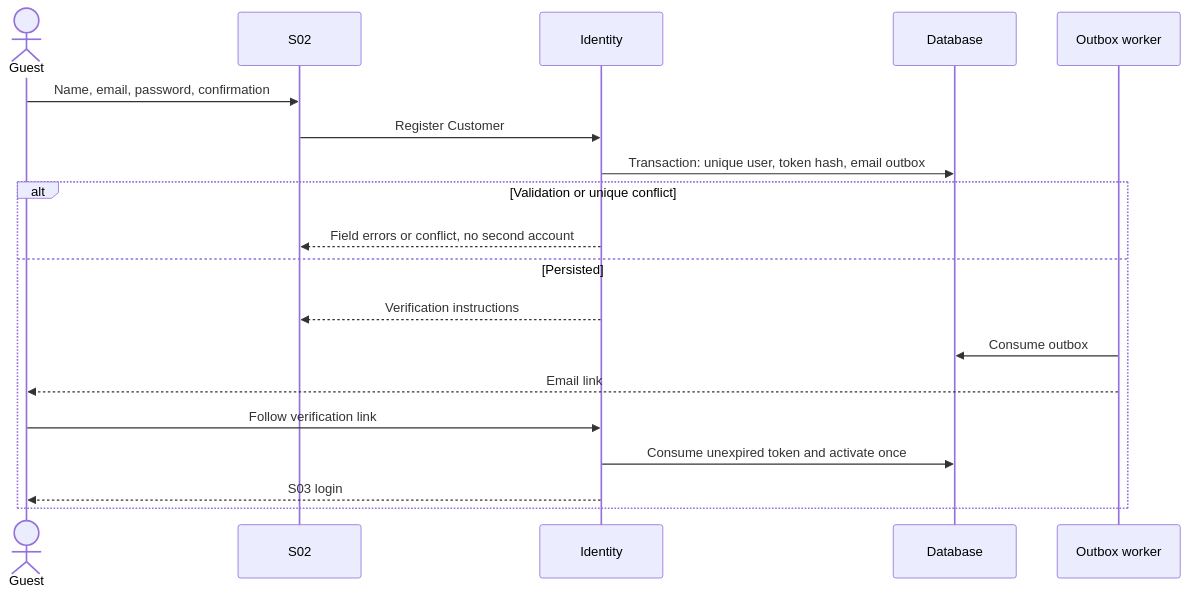
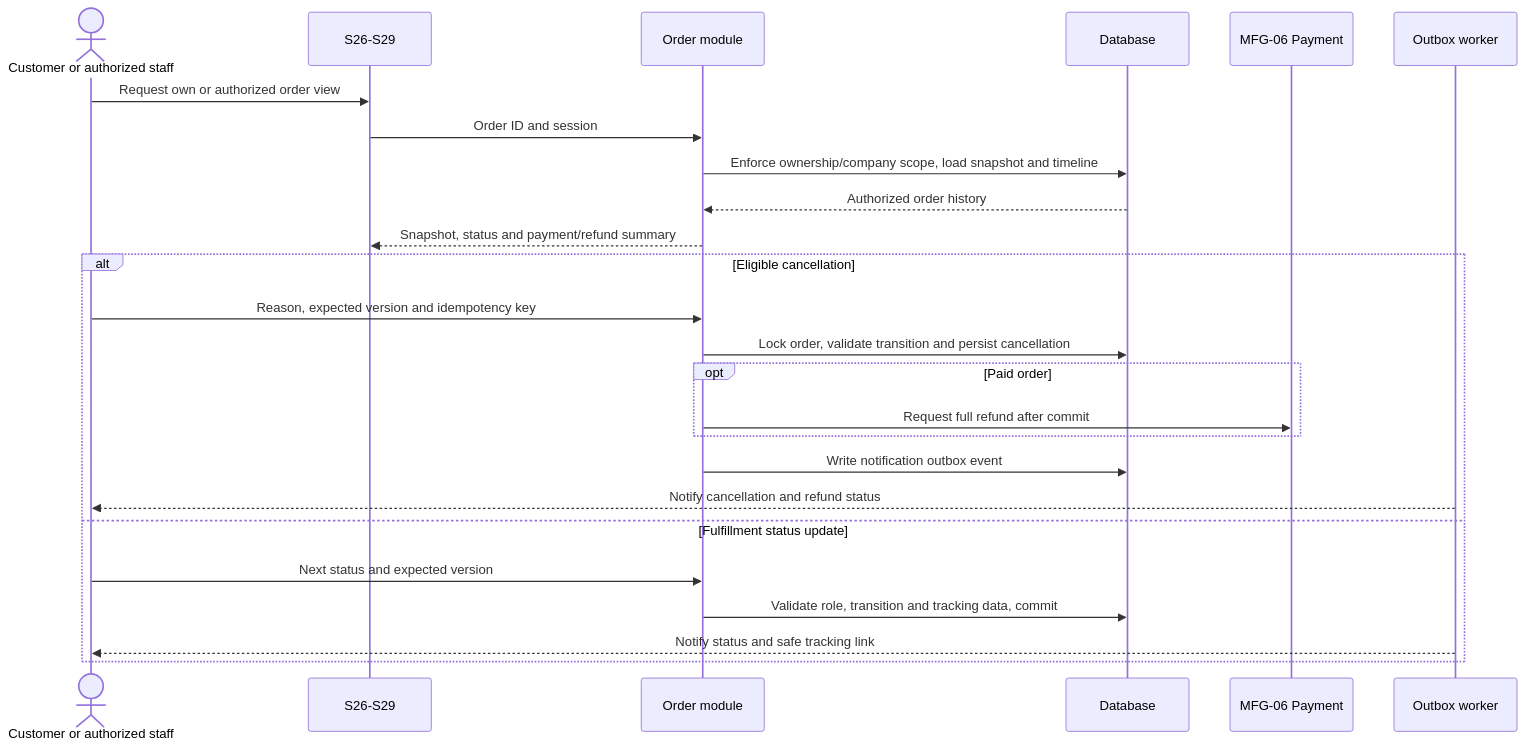
Before and after one commit to ankhanhwork/weavelink-project: diagram 11 of 15 in docs/architecture/sequence.md, drawn with Mermaid. The commit also changed other lines of this file and 12 other files, not shown here.

````diff
--- a/docs/architecture/sequence.md
+++ b/docs/architecture/sequence.md
@@ -21,21 +313,27 @@
 ```mermaid
 sequenceDiagram
-    actor G as Guest
-    participant UI as S02
-    participant A as Identity
-    participant DB as Database
-    participant W as Outbox worker
-    G->>UI: Name, email, password, confirmation
-    UI->>A: Register Customer
-    A->>DB: Transaction: unique user, token hash, email outbox
-    alt Validation or unique conflict
-        A-->>UI: Field errors or conflict, no second account
-    else Persisted
-        A-->>UI: Verification instructions
-        W->>DB: Consume outbox
-        W-->>G: Email link
-        G->>A: Follow verification link
-        A->>DB: Consume unexpired token and activate once
-        A-->>G: S03 login
+    actor OrderActor as Customer or authorized staff
+    participant OrderUI as S26-S29
+    participant OrderModule as Order module
+    participant Database as Database
+    participant PaymentModule as MFG-06 Payment
+    participant OutboxWorker as Outbox worker
+    OrderActor->>OrderUI: Request own or authorized order view
+    OrderUI->>OrderModule: Order ID and session
+    OrderModule->>Database: Enforce ownership/company scope, load snapshot and timeline
+    Database-->>OrderModule: Authorized order history
+    OrderModule-->>OrderUI: Snapshot, status and payment/refund summary
+    alt Eligible cancellation
+        OrderActor->>OrderModule: Reason, expected version and idempotency key
+        OrderModule->>Database: Lock order, validate transition and persist cancellation
+        opt Paid order
+            OrderModule->>PaymentModule: Request full refund after commit
+        end
+        OrderModule->>Database: Write notification outbox event
+        OutboxWorker-->>OrderActor: Notify cancellation and refund status
+    else Fulfillment status update
+        OrderActor->>OrderModule: Next status and expected version
+        OrderModule->>Database: Validate role, transition and tracking data, commit
+        OutboxWorker-->>OrderActor: Notify status and safe tracking link
     end
 ```
````
